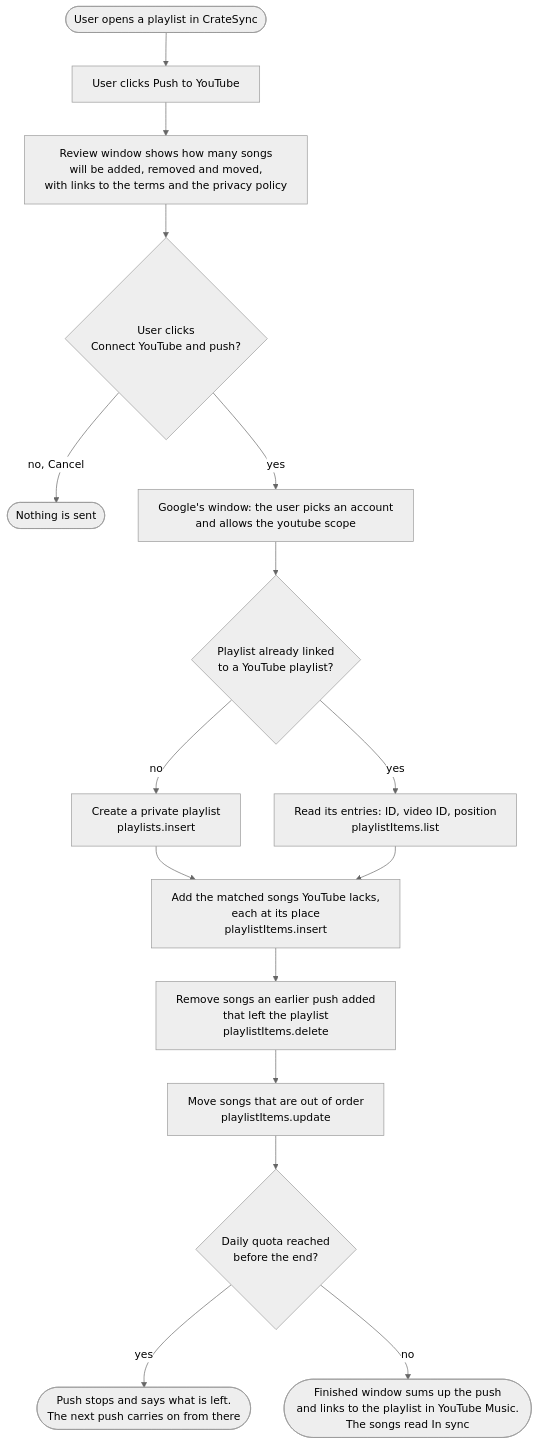
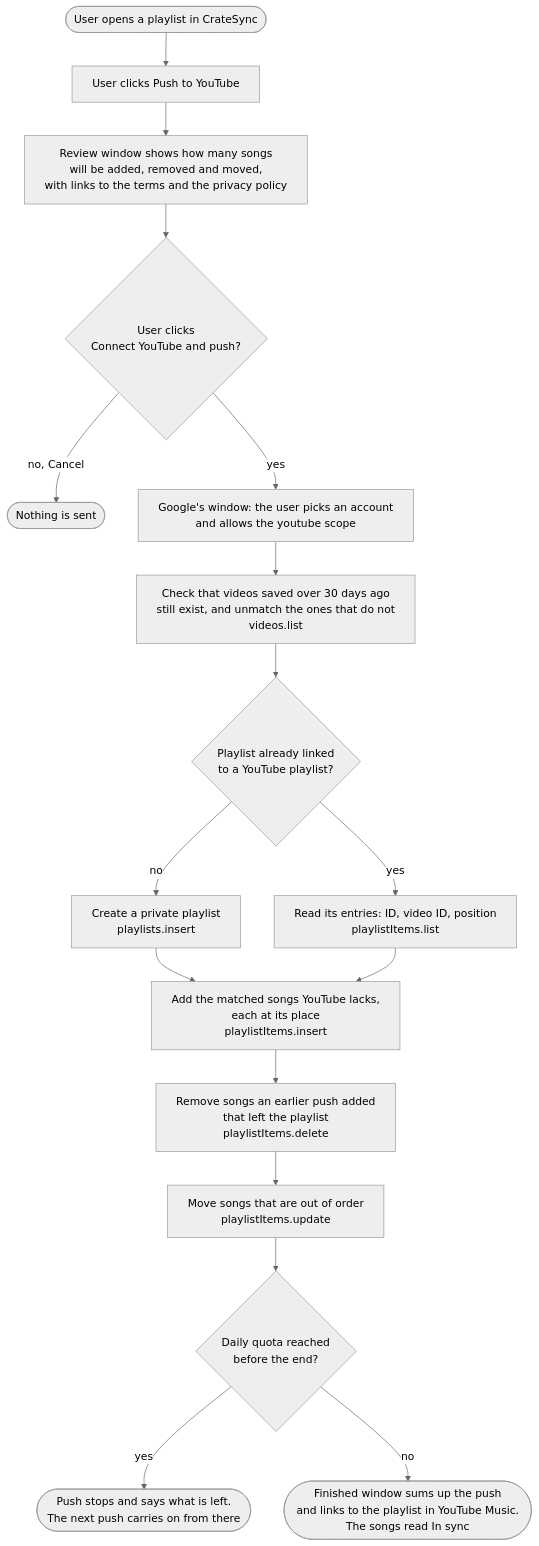
The diagram in docs/diagrams/push-user-flow.mmd (BaruchEric/YouTubemusicplaylist-), drawn with Mermaid before and after one commit. The commit also changed 25 other files, not shown here.

```diff
--- a/docs/diagrams/push-user-flow.mmd
+++ b/docs/diagrams/push-user-flow.mmd
@@ -1,26 +1,27 @@
 %%{init: {'theme':'neutral', 'flowchart': {'wrappingWidth': 460}}}%%
 flowchart TD
     opened(["User opens a playlist in CrateSync"])
     press["User clicks Push to YouTube"]
     review["Review window shows how many songs<br/>will be added, removed and moved,<br/>with links to the terms and the privacy policy"]
     confirm{"User clicks<br/>Connect YouTube and push?"}
     cancel(["Nothing is sent"])
     consent["Google's window: the user picks an account<br/>and allows the youtube scope"]
+    check["Check that videos saved over 30 days ago<br/>still exist, and unmatch the ones that do not<br/>videos.list"]
     linked{"Playlist already linked<br/>to a YouTube playlist?"}
     create["Create a private playlist<br/>playlists.insert"]
     read["Read its entries: ID, video ID, position<br/>playlistItems.list"]
     add["Add the matched songs YouTube lacks,<br/>each at its place<br/>playlistItems.insert"]
     remove["Remove songs an earlier push added<br/>that left the playlist<br/>playlistItems.delete"]
     move["Move songs that are out of order<br/>playlistItems.update"]
     quota{"Daily quota reached<br/>before the end?"}
     stopped(["Push stops and says what is left.<br/>The next push carries on from there"])
     done(["Finished window sums up the push<br/>and links to the playlist in YouTube Music.<br/>The songs read In sync"])
 
     opened --> press --> review --> confirm
     confirm -->|"no, Cancel"| cancel
-    confirm -->|yes| consent --> linked
+    confirm -->|yes| consent --> check --> linked
     linked -->|no| create --> add
     linked -->|yes| read --> add
     add --> remove --> move --> quota
     quota -->|yes| stopped
     quota -->|no| done
```
